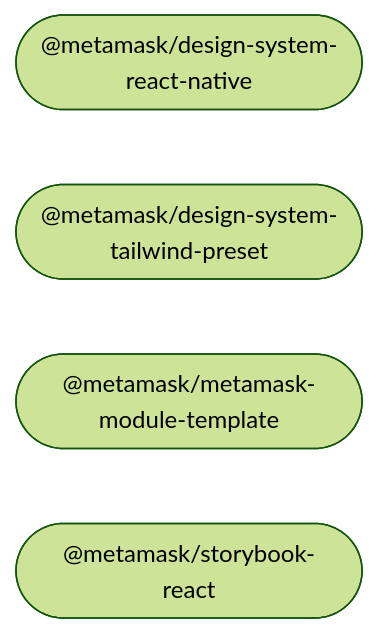
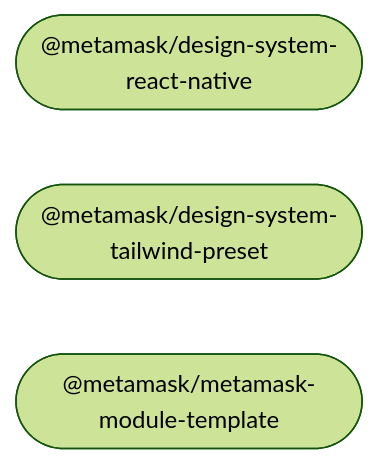
The diagram in README.md (georgewrmarshall/metamask-design-system), drawn with Mermaid (forest theme) before and after one commit. The commit also changed other lines of this file and 23 other files, not shown here.

````diff
--- a/README.md
+++ b/README.md
@@ -22,9 +21,8 @@
 ```mermaid
 %%{ init: { 'flowchart': { 'curve': 'bumpX' } } }%%
 graph LR;
 linkStyle default opacity:0.5
   design_system_react_native(["@metamask/design-system-react-native"]);
   design_system_tailwind_preset(["@metamask/design-system-tailwind-preset"]);
   metamask_module_template(["@metamask/metamask-module-template"]);
-  storybook_react(["@metamask/storybook-react"]);
 ```
````
